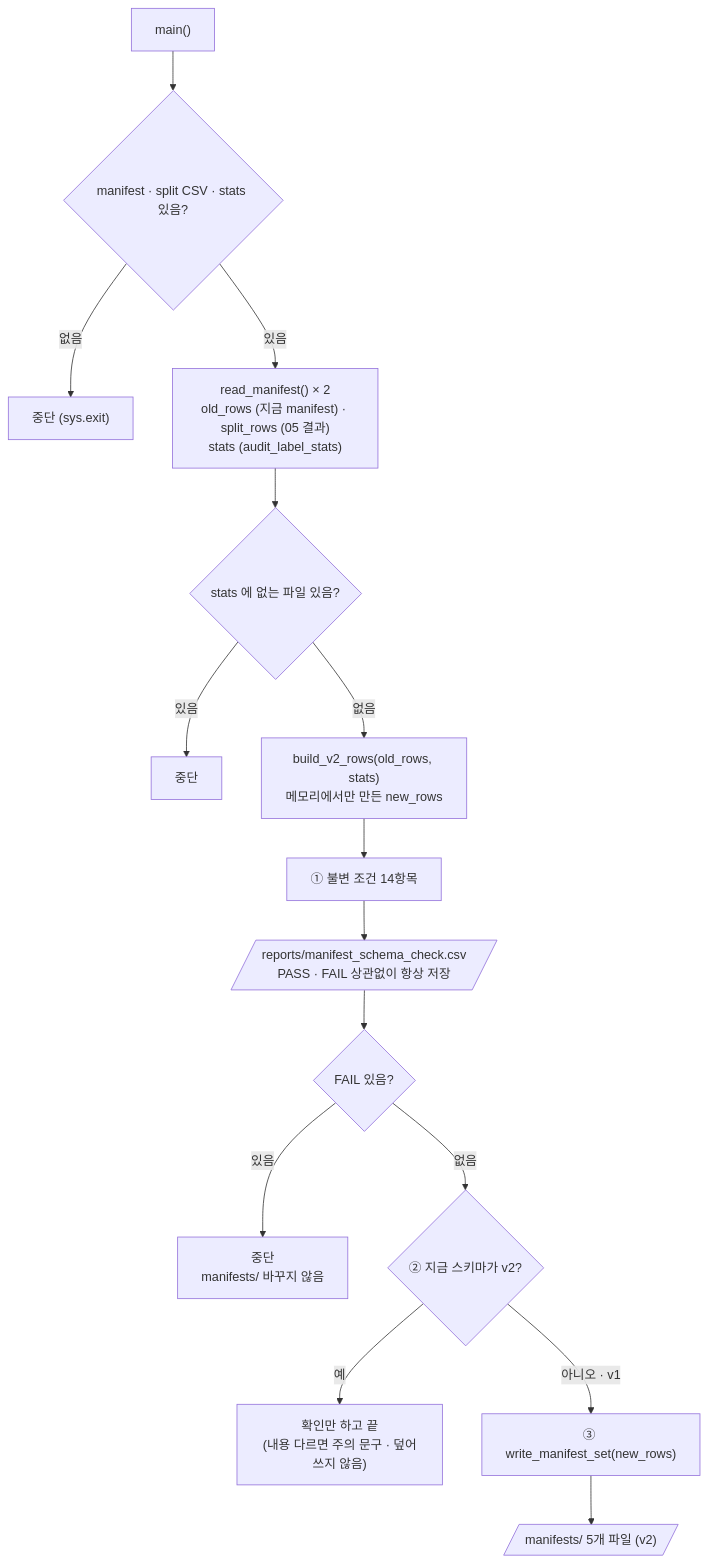
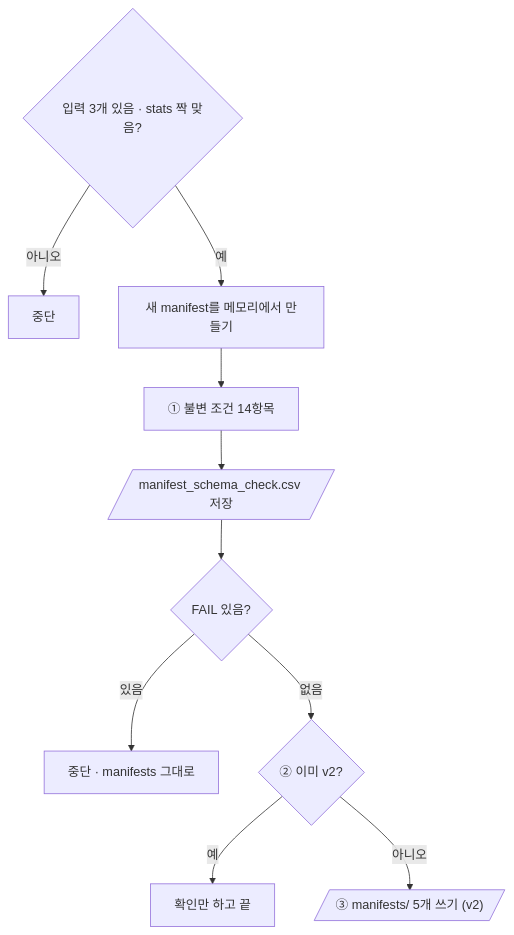
Before and after one commit to howolcat/prj2026.10: the diagram in prj08/docs/code_review/scripts/archive/upgrade_manifest_schema_v1_to_v2.md, drawn with Mermaid. The commit also changed other lines of this file and 25 other files, not shown here.

````diff
--- a/prj08/docs/code_review/scripts/archive/upgrade_manifest_schema_v1_to_v2.md
+++ b/prj08/docs/code_review/scripts/archive/upgrade_manifest_schema_v1_to_v2.md
@@ -34,17 +31,12 @@
 ```mermaid
 flowchart TD
-    A["main()"] --> B{"manifest · split CSV · stats 있음?"}
-    B -->|없음| X["중단 (sys.exit)"]
-    B -->|있음| C["read_manifest() × 2<br/>old_rows (지금 manifest) · split_rows (05 결과)<br/>stats (audit_label_stats)"]
-    C --> D{"stats 에 없는 파일 있음?"}
-    D -->|있음| X2["중단"]
-    D -->|없음| E["build_v2_rows(old_rows, stats)<br/>메모리에서만 만든 new_rows"]
-    E --> F["① 불변 조건 14항목"]
-    F --> G[/"reports/manifest_schema_check.csv<br/>PASS · FAIL 상관없이 항상 저장"/]
-    G --> H{"FAIL 있음?"}
-    H -->|있음| X3["중단<br/>manifests/ 바꾸지 않음"]
-    H -->|없음| I{"② 지금 스키마가 v2?"}
-    I -->|예| J["확인만 하고 끝<br/>(내용 다르면 주의 문구 · 덮어쓰지 않음)"]
-    I -->|아니오 · v1| K["③ write_manifest_set(new_rows)"]
-    K --> L[/"manifests/ 5개 파일 (v2)"/]
+    A{"입력 3개 있음 · stats 짝 맞음?"} -->|아니오| X["중단"]
+    A -->|예| B["새 manifest를 메모리에서 만들기"]
+    B --> C["① 불변 조건 14항목"]
+    C --> D[/"manifest_schema_check.csv 저장"/]
+    D --> E{"FAIL 있음?"}
+    E -->|있음| Y["중단 · manifests 그대로"]
+    E -->|없음| F{"② 이미 v2?"}
+    F -->|예| G["확인만 하고 끝"]
+    F -->|아니오| H[/"③ manifests/ 5개 쓰기 (v2)"/]
 ```
````
